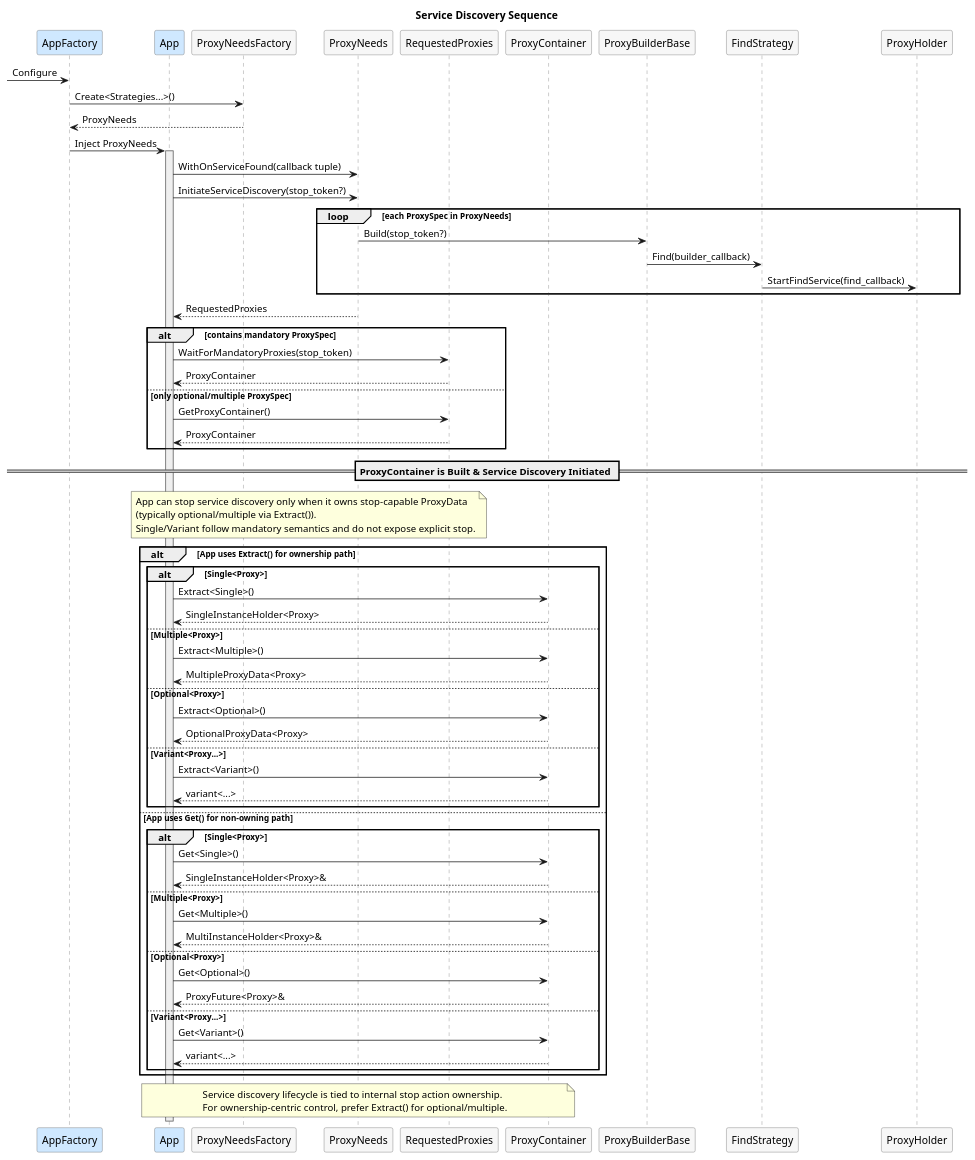
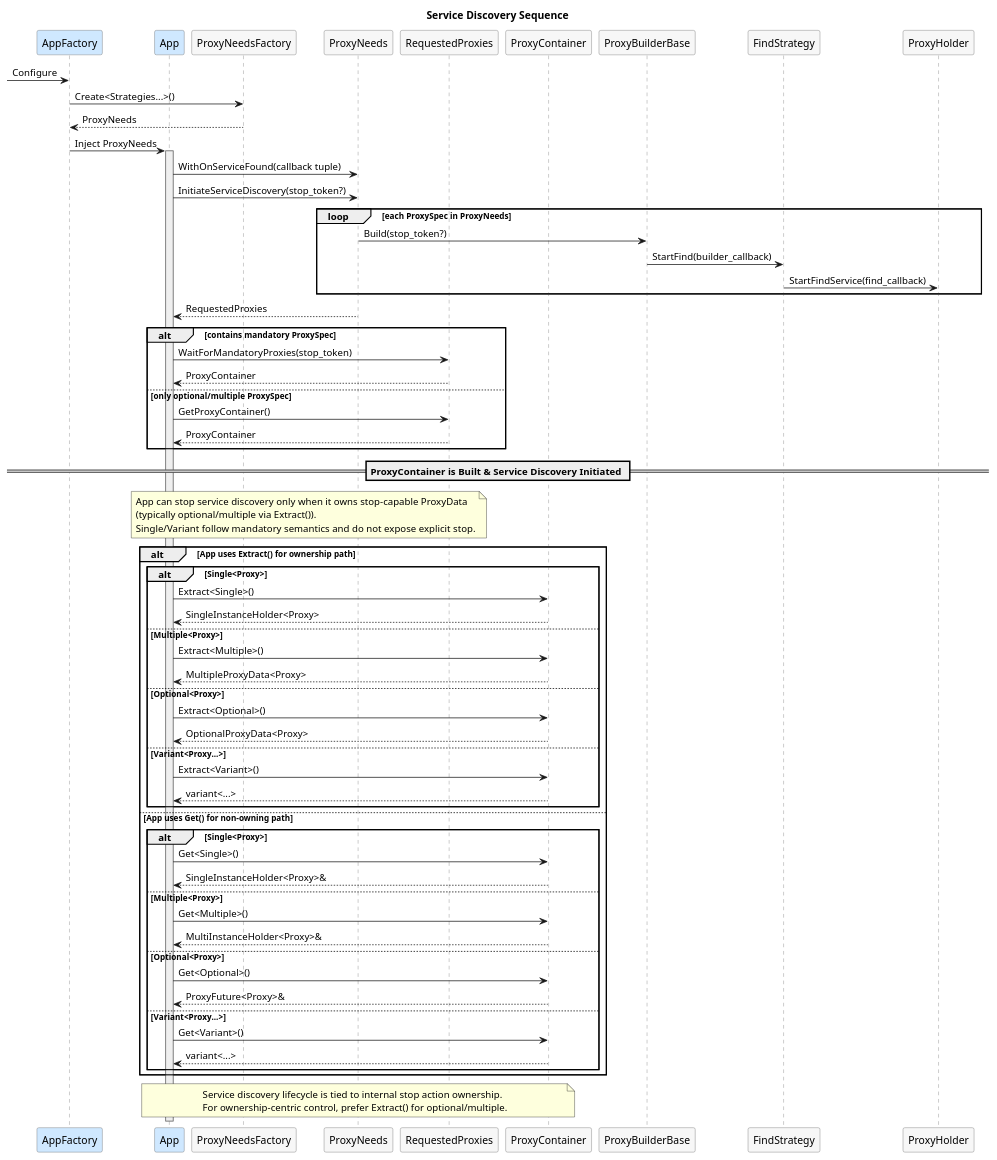
One commit to eclipse-score/communication changed the diagram in score/mw/service/design/sequence_service_discovery.puml. Above: the diagram before and after it, drawn with PlantUML. The commit also changed other lines of this file and 39 other files, not shown here.

Commit message:
mw/service: Sync FindServiceStrategy API with SPP

```diff
--- a/score/mw/service/design/sequence_service_discovery.puml
+++ b/score/mw/service/design/sequence_service_discovery.puml
@@ -14,90 +12,90 @@
 @startuml sequence
 title Service Discovery Sequence
 
 skinparam sequenceParticipantBackgroundColor #F7F7F7
 skinparam sequenceParticipantBorderColor #666666
 skinparam sequenceLifeLineBorderColor #777777
 skinparam sequenceLifeLineBackgroundColor #EFEFEF
 
 participant "AppFactory" as Root #CFE8FF
 participant "App" as App #CFE8FF
 participant "ProxyNeedsFactory" as NeedsFactory
 participant "ProxyNeeds" as Needs
 participant "RequestedProxies" as Requested
 participant "ProxyContainer" as Container
 participant "ProxyBuilderBase" as Builder
 participant "FindStrategy" as Strategy
 participant "ProxyHolder" as Holder
 
 [-> Root : Configure
 Root -> NeedsFactory : Create<Strategies...>()
 NeedsFactory --> Root : ProxyNeeds
 Root -> App : Inject ProxyNeeds
 
 activate App
 
 App -> Needs : WithOnServiceFound(callback tuple)
 App -> Needs : InitiateServiceDiscovery(stop_token?)
 
 loop each ProxySpec in ProxyNeeds
 Needs -> Builder : Build(stop_token?)
-Builder -> Strategy : Find(builder_callback)
+Builder -> Strategy : StartFind(builder_callback)
 Strategy -> Holder : StartFindService(find_callback)
 end
 
 Needs --> App : RequestedProxies
 
 alt contains mandatory ProxySpec
 App -> Requested : WaitForMandatoryProxies(stop_token)
 Requested --> App : ProxyContainer
 else only optional/multiple ProxySpec
 App -> Requested : GetProxyContainer()
 Requested --> App : ProxyContainer
 end
 
 == ProxyContainer is Built & Service Discovery Initiated ==
 
 note over App, Requested
 App can stop service discovery only when it owns stop-capable ProxyData
 (typically optional/multiple via Extract()).
 Single/Variant follow mandatory semantics and do not expose explicit stop.
 end note
 
 alt App uses Extract() for ownership path
 alt Single<Proxy>
 App -> Container : Extract<Single>()
 Container --> App : SingleInstanceHolder<Proxy>
 else Multiple<Proxy>
 App -> Container : Extract<Multiple>()
 Container --> App : MultipleProxyData<Proxy>
 else Optional<Proxy>
 App -> Container : Extract<Optional>()
 Container --> App : OptionalProxyData<Proxy>
 else Variant<Proxy...>
 App -> Container : Extract<Variant>()
 Container --> App : variant<...>
 end
 else App uses Get() for non-owning path
 alt Single<Proxy>
 App -> Container : Get<Single>()
 Container --> App : SingleInstanceHolder<Proxy>&
 else Multiple<Proxy>
 App -> Container : Get<Multiple>()
 Container --> App : MultiInstanceHolder<Proxy>&
 else Optional<Proxy>
 App -> Container : Get<Optional>()
 Container --> App : ProxyFuture<Proxy>&
 else Variant<Proxy...>
 App -> Container : Get<Variant>()
 Container --> App : variant<...>
 end
 end
 
 note over App, Container
 Service discovery lifecycle is tied to internal stop action ownership.
 For ownership-centric control, prefer Extract() for optional/multiple.
 end note
 
 deactivate App
 
 @enduml
```
